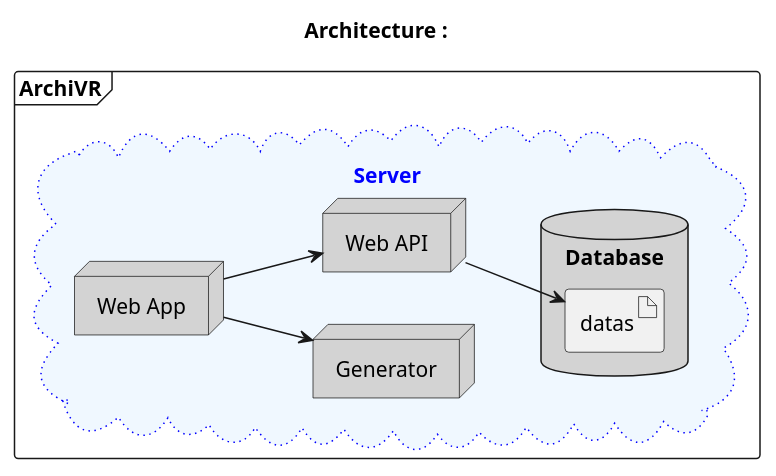
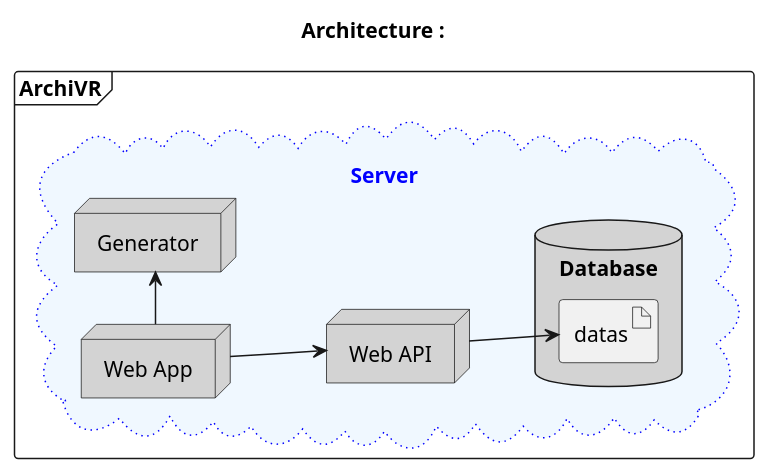
Before and after one commit to axdelafuen/archivr: the diagram in Diagrams/architecture.md, drawn with PlantUML.

````diff
--- a/Diagrams/architecture.md
+++ b/Diagrams/architecture.md
@@ -1,29 +1,29 @@
 ```plantuml
 title "Architecture :"
 
 left to right direction
 
 frame "ArchiVR" {
 
 
 
 cloud Server #aliceblue;line:blue;line.dotted;text:blue{
 
 node webApp as "Web App" #lightgrey
 
 node generator as "Generator" #lightgrey
 
 node api as "Web API" #lightgrey
 
 database db as "Database"#lightgray{
 artifact datas
 }
 }
 
 
 webApp --> api
-webApp --> generator
+webApp -> generator
 api --> datas
 
 }
 ```
````
